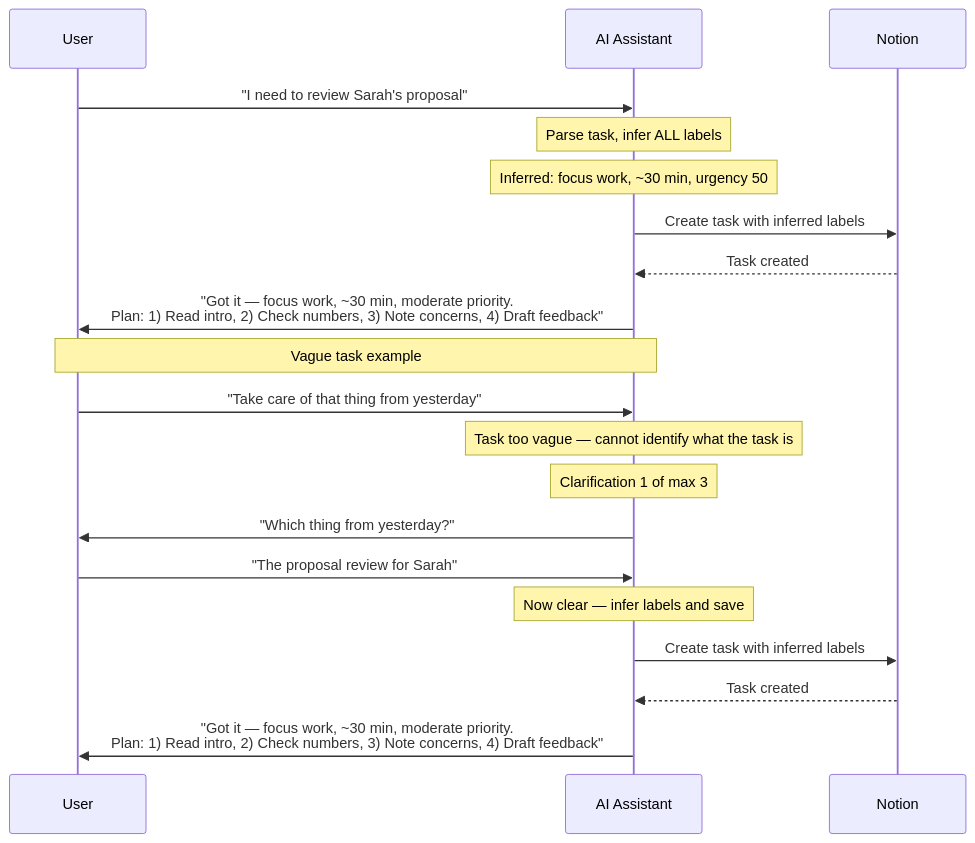
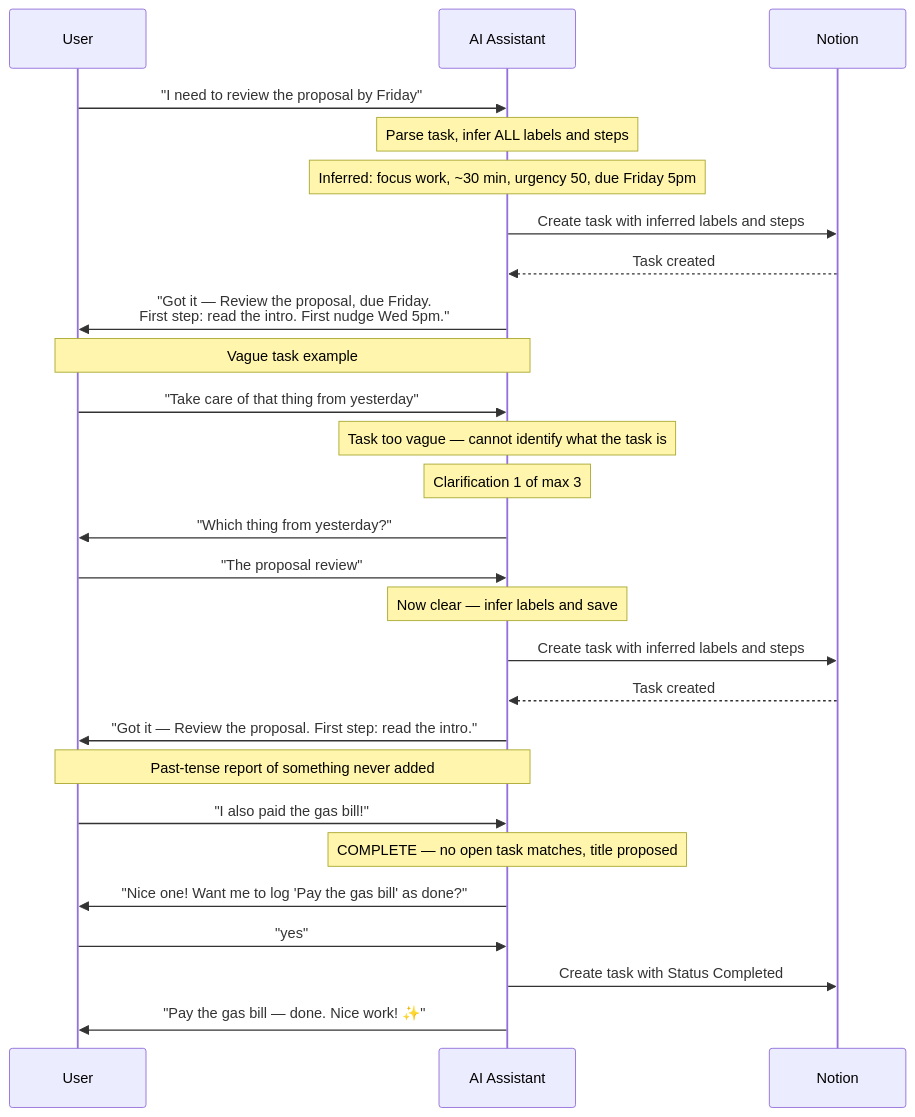
One commit to NickBorgersProbably/hide-my-list changed the second of 28 diagrams in docs/user-interactions.md. Above: the diagram before and after it, drawn with Mermaid. The commit also changed other lines of this file and 63 other files, not shown here.

First line of the commit message:
Classifier examples, intake already-done handoff, one-sentence confirmations, unlisted-report flow, node context (#677)

````diff
--- a/docs/user-interactions.md
+++ b/docs/user-interactions.md
@@ -52,31 +52,40 @@
 ```mermaid
 sequenceDiagram
     participant U as User
     participant AI as AI Assistant
     participant N as Notion
 
-    U->>AI: "I need to review Sarah's proposal"
+    U->>AI: "I need to review the proposal by Friday"
 
-    Note over AI: Parse task, infer ALL labels
-    Note over AI: Inferred: focus work, ~30 min, urgency 50
+    Note over AI: Parse task, infer ALL labels and steps
+    Note over AI: Inferred: focus work, ~30 min, urgency 50, due Friday 5pm
 
-    AI->>N: Create task with inferred labels
+    AI->>N: Create task with inferred labels and steps
     N-->>AI: Task created
-    AI->>U: "Got it — focus work, ~30 min, moderate priority.<br/>Plan: 1) Read intro, 2) Check numbers, 3) Note concerns, 4) Draft feedback"
+    AI->>U: "Got it — Review the proposal, due Friday.<br/>First step: read the intro. First nudge Wed 5pm."
 
     Note over U,AI: Vague task example
 
     U->>AI: "Take care of that thing from yesterday"
 
     Note over AI: Task too vague — cannot identify what the task is
     Note over AI: Clarification 1 of max 3
 
     AI->>U: "Which thing from yesterday?"
-    U->>AI: "The proposal review for Sarah"
+    U->>AI: "The proposal review"
 
     Note over AI: Now clear — infer labels and save
 
-    AI->>N: Create task with inferred labels
+    AI->>N: Create task with inferred labels and steps
     N-->>AI: Task created
-    AI->>U: "Got it — focus work, ~30 min, moderate priority.<br/>Plan: 1) Read intro, 2) Check numbers, 3) Note concerns, 4) Draft feedback"
+    AI->>U: "Got it — Review the proposal. First step: read the intro."
+
+    Note over U,AI: Past-tense report of something never added
+
+    U->>AI: "I also paid the gas bill!"
+    Note over AI: COMPLETE — no open task matches, title proposed
+    AI->>U: "Nice one! Want me to log 'Pay the gas bill' as done?"
+    U->>AI: "yes"
+    AI->>N: Create task with Status Completed
+    AI->>U: "Pay the gas bill — done. Nice work! ✨"
 ```
````
